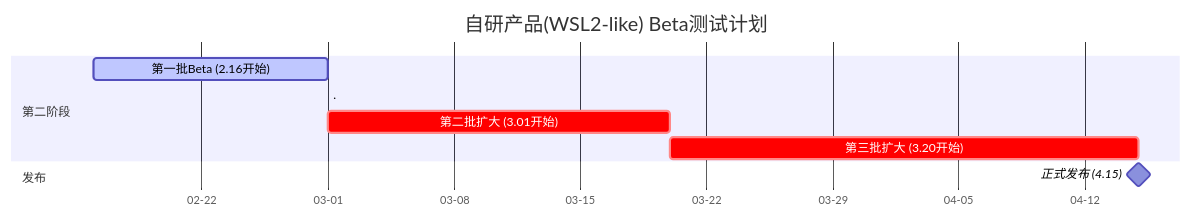
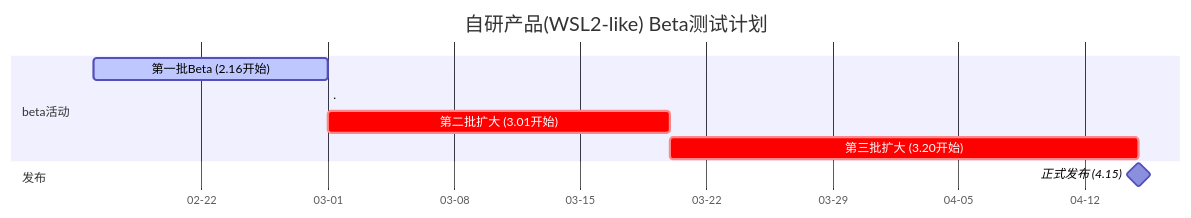
The diagram in all/未命名.md (kilans/iodraw-files), drawn with Mermaid before and after one commit.

Commit message:
2026-02-12 15:23:28 update

````diff
--- a/all/未命名.md
+++ b/all/未命名.md
@@ -1,16 +1,16 @@
 ```mermaid
 gantt
     title 自研产品(WSL2-like) Beta测试计划
     dateFormat  YYYY-MM-DD
     axisFormat %m-%d
     
-    section 第二阶段
+    section beta活动
     第一批Beta (2.16开始)      :active, 2026-02-16, 13d
     .:0d
     第二批扩大 (3.01开始)      :crit, 2026-03-01, 19d
     第三批扩大 (3.20开始)      :crit, 2026-03-20, 26d
     
     section 发布
     正式发布 (4.15)           :milestone, 2026-04-15, 0d
 
 ```
````
